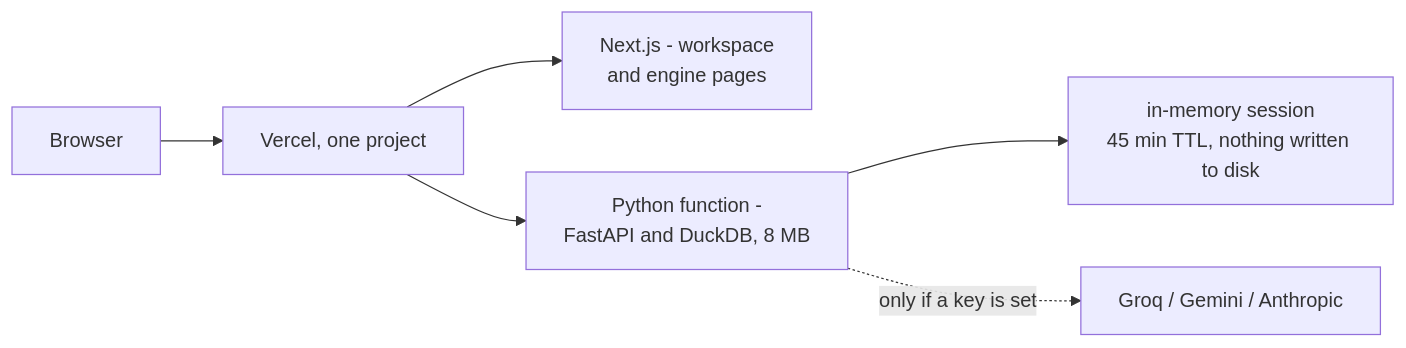
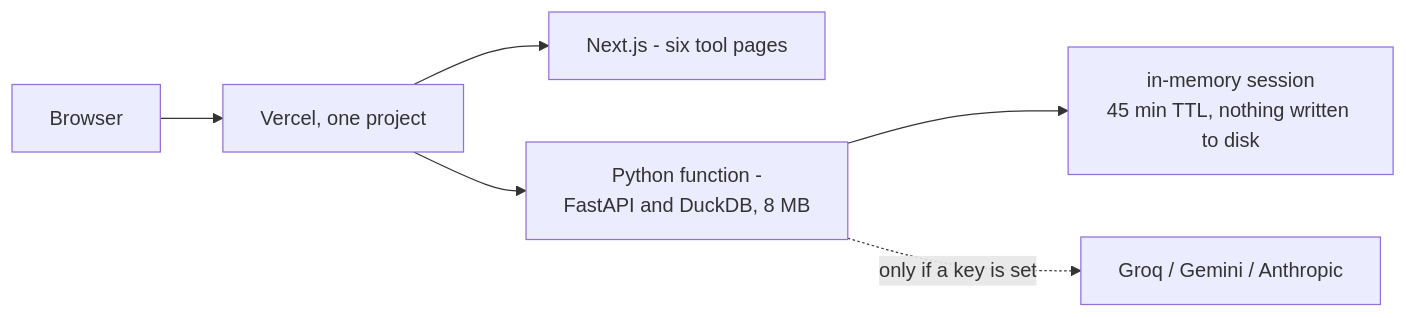
One commit to CaptainAni187/residual changed the fourth of 5 diagrams in README.md. Above: the diagram before and after it, drawn with Mermaid. The commit also changed other lines of this file and 5 other files, not shown here.

````diff
--- a/README.md
+++ b/README.md
@@ -511,8 +550,8 @@
 ```mermaid
 flowchart LR
   BR["Browser"] --> VER["Vercel, one project"]
-  VER --> NXT["Next.js - workspace<br/>and engine pages"]
+  VER --> NXT["Next.js - six tool pages"]
   VER --> FN["Python function -<br/>FastAPI and DuckDB, 8 MB"]
   FN --> SES["in-memory session<br/>45 min TTL, nothing written to disk"]
   FN -. only if a key is set .-> LLM["Groq / Gemini / Anthropic"]
 ```
````
